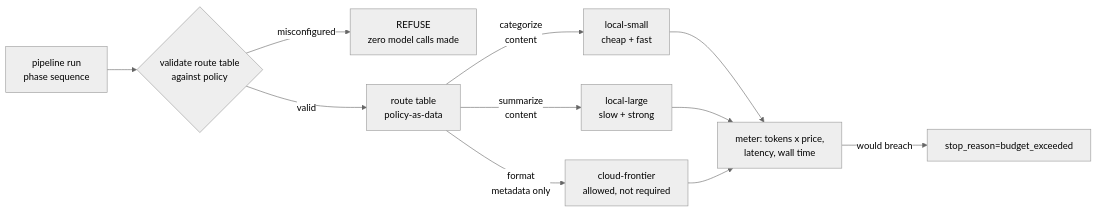
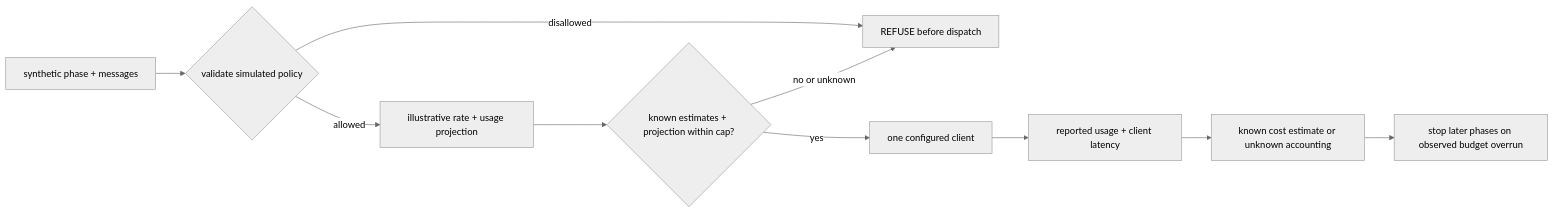
Before and after one commit to macayaven/agent-harness-path: the diagram in sessions/s11-budgets-routing/lesson.md, drawn with Mermaid (neutral theme). The commit also changed other lines of this file and 18 other files, not shown here.

````diff
--- a/sessions/s11-budgets-routing/lesson.md
+++ b/sessions/s11-budgets-routing/lesson.md
@@ -57,13 +59,12 @@
 ```mermaid
 flowchart LR
-    P[pipeline run<br/>phase sequence] --> V{validate route table<br/>against policy}
-    V -- misconfigured --> X[REFUSE<br/>zero model calls made]
-    V -- valid --> RT[route table<br/>policy-as-data]
-    RT -- categorize<br/>content --> S[local-small<br/>cheap + fast]
-    RT -- summarize<br/>content --> L[local-large<br/>slow + strong]
-    RT -- format<br/>metadata only --> C[cloud-frontier<br/>allowed, not required]
-    S --> M[meter: tokens x price,<br/>latency, wall time]
-    L --> M
-    C --> M
-    M -->|"would breach"| B[stop_reason=budget_exceeded]
+    P[synthetic phase + messages] --> V{validate simulated policy}
+    V -- disallowed --> X[REFUSE before dispatch]
+    V -- allowed --> E[illustrative rate + usage projection]
+    E --> G{known estimates + projection within cap?}
+    G -- no or unknown --> X
+    G -- yes --> C[one configured client]
+    C --> U[reported usage + client latency]
+    U --> L[known cost estimate or unknown accounting]
+    L --> B[stop later phases on observed budget overrun]
 ```
````
